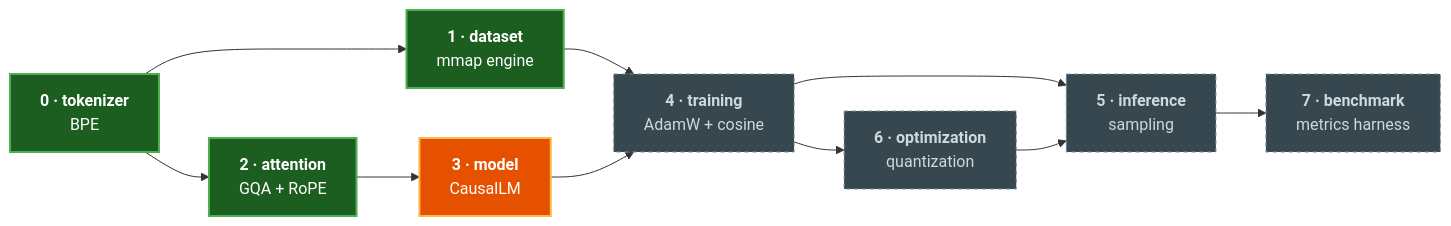
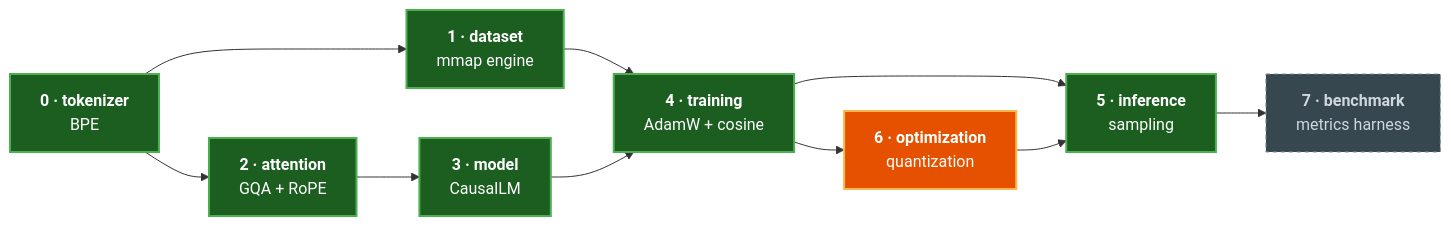
The seventh of 7 diagrams in README.md (555aaditya/Language-Model), drawn with Mermaid before and after one commit. The commit also changed other lines of this file and 1 other file, not shown here.

````diff
--- a/README.md
+++ b/README.md
@@ -360,19 +389,19 @@
 ```mermaid
 flowchart LR
     S0["<b>0 · tokenizer</b><br/>BPE"] --> S1["<b>1 · dataset</b><br/>mmap engine"]
     S0 --> S2["<b>2 · attention</b><br/>GQA + RoPE"]
     S2 --> S3["<b>3 · model</b><br/>CausalLM"]
     S1 --> S4["<b>4 · training</b><br/>AdamW + cosine"]
     S3 --> S4
     S4 --> S5["<b>5 · inference</b><br/>sampling"]
     S4 --> S6["<b>6 · optimization</b><br/>quantization"]
     S6 --> S5
     S5 --> S7["<b>7 · benchmark</b><br/>metrics harness"]
 
     classDef done fill:#1b5e20,stroke:#4CAF50,stroke-width:2px,color:#fff
     classDef next fill:#e65100,stroke:#ffb74d,stroke-width:2px,color:#fff
     classDef todo fill:#37474f,stroke:#78909c,color:#cfd8dc,stroke-dasharray: 4 4
-    class S0,S1,S2 done
-    class S3 next
-    class S4,S5,S6,S7 todo
+    class S0,S1,S2,S3,S4,S5 done
+    class S6 next
+    class S7 todo
 ```
````
